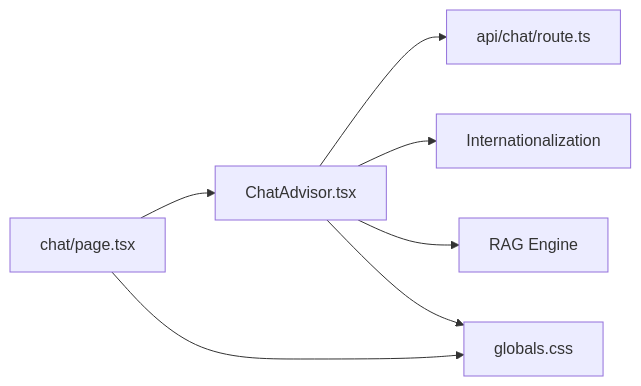
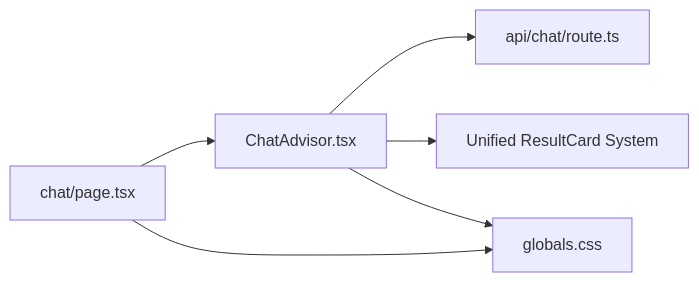
Before and after one commit to alibaba-hackathon-fsi/frontend-vaya: the fourth of 4 diagrams in .qoder/repowiki/en/content/Chat Interface/Chat UI Components.md, drawn with Mermaid. The commit also changed other lines of this file and 4 other files, not shown here.

````diff
--- a/.qoder/repowiki/en/content/Chat Interface/Chat UI Components.md
+++ b/.qoder/repowiki/en/content/Chat Interface/Chat UI Components.md
@@ -274,9 +273,8 @@
 ```mermaid
 graph LR
 P["chat/page.tsx"] --> C["ChatAdvisor.tsx"]
 C --> R["api/chat/route.ts"]
-C --> I18N["Internationalization"]
-C --> RAG["RAG Engine"]
+C --> RC["Unified ResultCard System"]
 P --> G["globals.css"]
 C --> G
 ```
````
